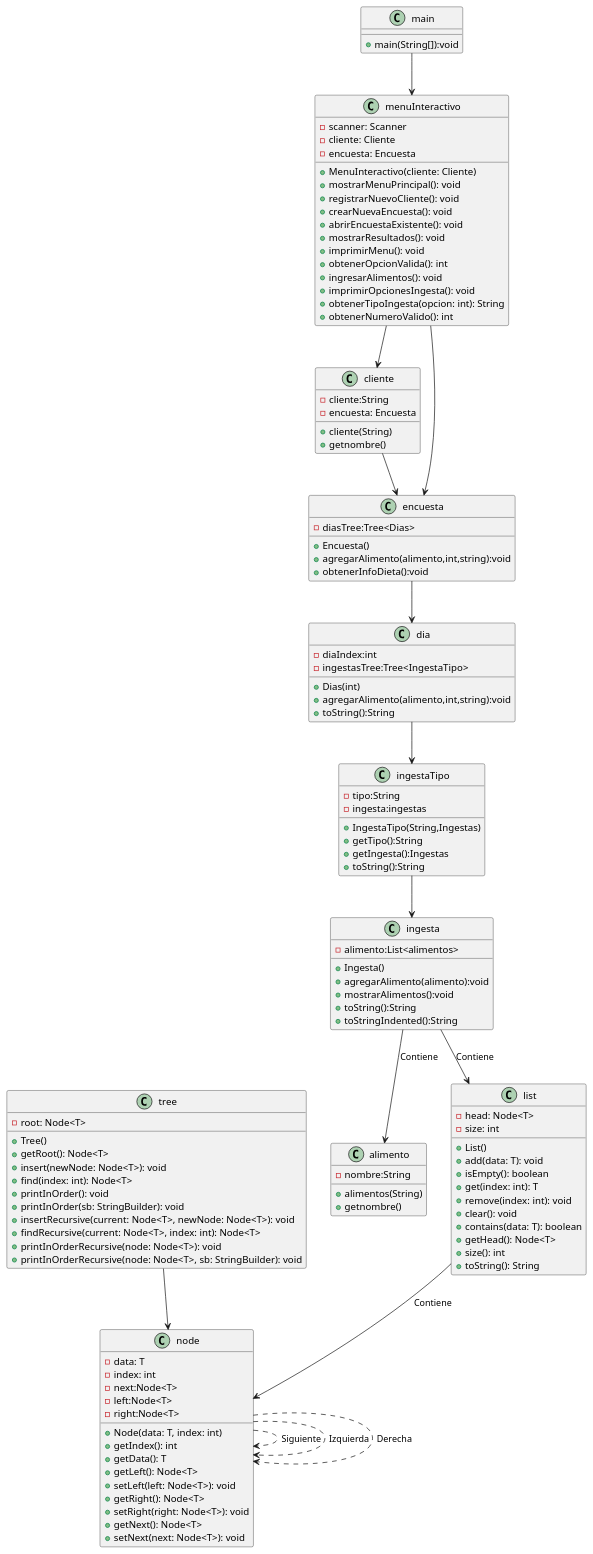
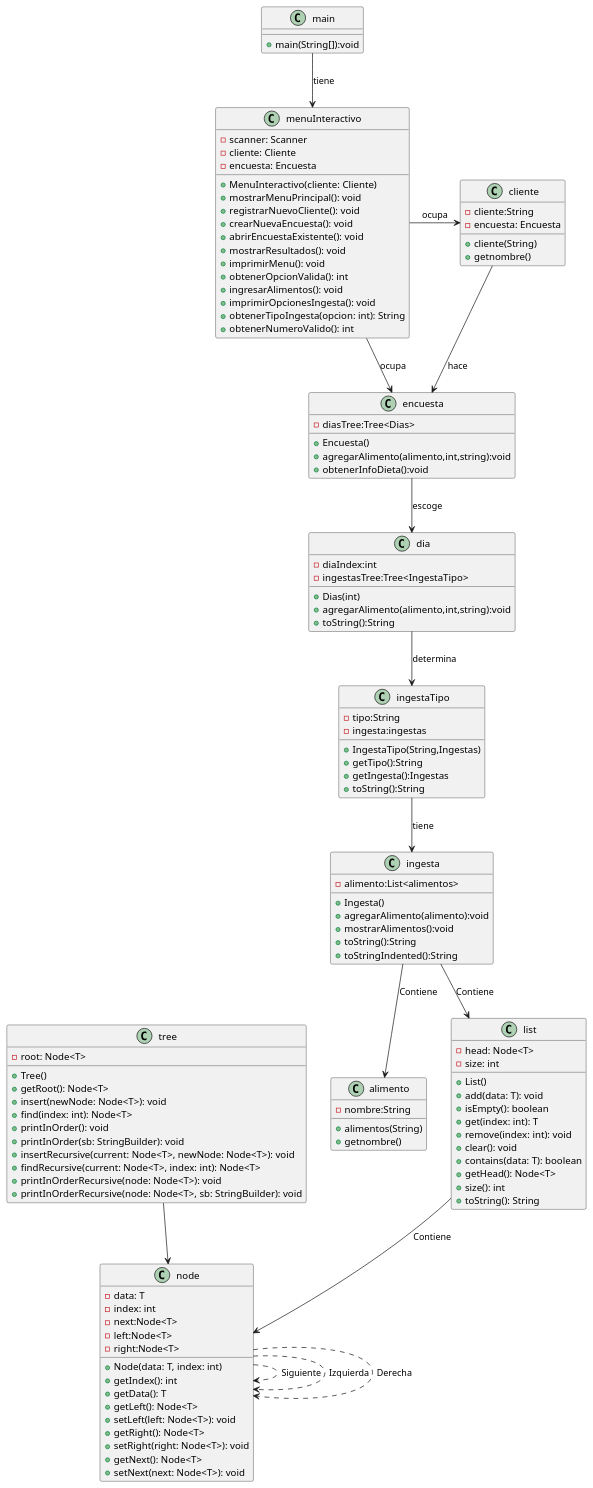
Before and after one commit to mmasias/23-24-eda1: the diagram in entregas/diegoBarraza/ExamenFinal/Documentacion/DocumentacionExamenFinal.puml, drawn with PlantUML.

Commit message:
ultimos cambios en la documentacion

```diff
--- a/entregas/diegoBarraza/ExamenFinal/Documentacion/DocumentacionExamenFinal.puml
+++ b/entregas/diegoBarraza/ExamenFinal/Documentacion/DocumentacionExamenFinal.puml
@@ -1,136 +1,136 @@
 @startuml
 class alimento
 class cliente 
 class dia 
 class encuesta 
 class ingesta
 class ingestaTipo
 class list 
 class main 
 class menuInteractivo
 class node 
 class tree 
 
 class cliente{
     -cliente:String
     -encuesta: Encuesta
     +cliente(String)
     +getnombre()
 }
 class alimento{
     -nombre:String
     +alimentos(String)
     +getnombre()
     }
 class dia{
     -diaIndex:int
     -ingestasTree:Tree<IngestaTipo>
     +Dias(int)
     +agregarAlimento(alimento,int,string):void
     +toString():String
 
 }
 
 class encuesta{
     -diasTree:Tree<Dias>
     +Encuesta()
     +agregarAlimento(alimento,int,string):void
     +obtenerInfoDieta():void
 
 }
 class ingesta{
     -alimento:List<alimentos>
     +Ingesta()
     +agregarAlimento(alimento):void
     +mostrarAlimentos():void
     +toString():String
     +toStringIndented():String
 
 }
 class ingestaTipo{
     -tipo:String 
     -ingesta:ingestas
     +IngestaTipo(String,Ingestas)
     +getTipo():String
     +getIngesta():Ingestas
     +toString():String
 }
 class list{
     -head: Node<T>
     -size: int
     +List()
     +add(data: T): void
     +isEmpty(): boolean
     +get(index: int): T
     +remove(index: int): void
     +clear(): void
     +contains(data: T): boolean
     +getHead(): Node<T>
     +size(): int
     +toString(): String
 }
 class main{
     +main(String[]):void
 }
 class menuInteractivo{
     -scanner: Scanner
     -cliente: Cliente
     -encuesta: Encuesta
     +MenuInteractivo(cliente: Cliente)
     +mostrarMenuPrincipal(): void
     +registrarNuevoCliente(): void
     +crearNuevaEncuesta(): void
     +abrirEncuestaExistente(): void
     +mostrarResultados(): void
     +imprimirMenu(): void
     +obtenerOpcionValida(): int
     +ingresarAlimentos(): void
     +imprimirOpcionesIngesta(): void
     +obtenerTipoIngesta(opcion: int): String
     +obtenerNumeroValido(): int
 }
 class node{
     -data: T
     -index: int
     -next:Node<T>
     -left:Node<T>
     -right:Node<T>
     +Node(data: T, index: int)
     +getIndex(): int
     +getData(): T
     +getLeft(): Node<T>
     +setLeft(left: Node<T>): void
     +getRight(): Node<T>
     +setRight(right: Node<T>): void
     +getNext(): Node<T>
     +setNext(next: Node<T>): void
 }
 class tree{
     -root: Node<T>
     +Tree()
     +getRoot(): Node<T>
     +insert(newNode: Node<T>): void
     +find(index: int): Node<T>
     +printInOrder(): void
     +printInOrder(sb: StringBuilder): void
     +insertRecursive(current: Node<T>, newNode: Node<T>): void
     +findRecursive(current: Node<T>, index: int): Node<T>
     +printInOrderRecursive(node: Node<T>): void
     +printInOrderRecursive(node: Node<T>, sb: StringBuilder): void
 }
 
-main --> menuInteractivo
-menuInteractivo --> cliente
-menuInteractivo --> encuesta
-cliente --> encuesta
-encuesta --> dia
-dia --> ingestaTipo
-ingestaTipo --> ingesta
+main --> menuInteractivo:tiene
+menuInteractivo -> cliente:ocupa
+menuInteractivo -> encuesta:ocupa
+cliente --> encuesta:hace
+encuesta --> dia:escoge
+dia --> ingestaTipo:determina
+ingestaTipo --> ingesta:tiene
 ingesta --> alimento: Contiene
 ingesta --> list: Contiene
 list --> node: Contiene
 node ..> node: Siguiente
 node ..> node: Izquierda
 node ..> node: Derecha
 tree --> node
 @enduml
```
